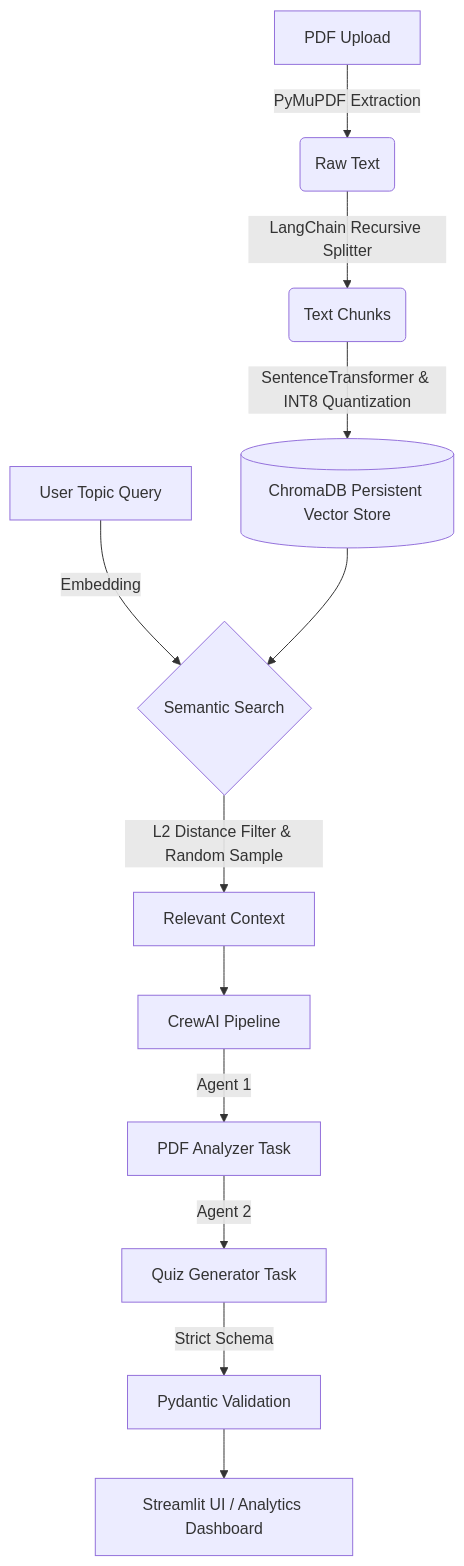
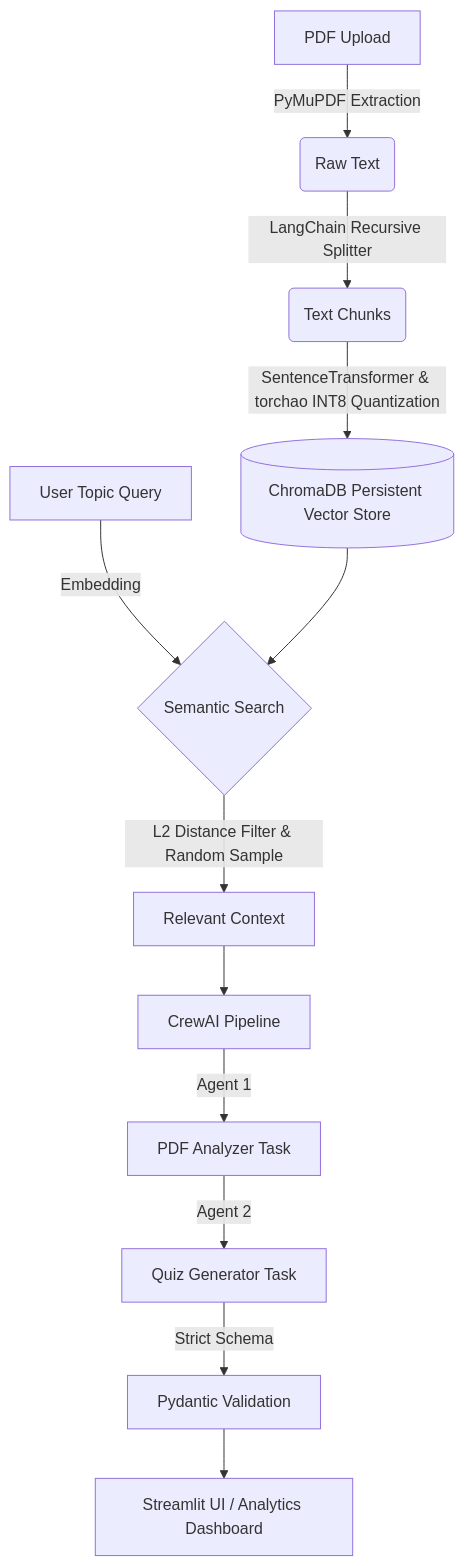
Before and after one commit to Rahul626-stack/SynapseAI: the diagram in README.md, drawn with Mermaid. The commit also changed other lines of this file and 3 other files, not shown here.

````diff
--- a/README.md
+++ b/README.md
@@ -25,17 +26,17 @@
 ```mermaid
 graph TD
     A[PDF Upload] -->|PyMuPDF Extraction| B(Raw Text)
     B -->|LangChain Recursive Splitter| C(Text Chunks)
-    C -->|SentenceTransformer & INT8 Quantization| D[(ChromaDB Persistent Vector Store)]
+    C -->|SentenceTransformer & torchao INT8 Quantization| D[(ChromaDB Persistent Vector Store)]
     
     E[User Topic Query] -->|Embedding| F{Semantic Search}
     D --> F
     F -->|L2 Distance Filter & Random Sample| G[Relevant Context]
     
     G --> H[CrewAI Pipeline]
     H -->|Agent 1| I[PDF Analyzer Task]
     I -->|Agent 2| J[Quiz Generator Task]
     
     J -->|Strict Schema| K[Pydantic Validation]
     K --> L[Streamlit UI / Analytics Dashboard]
 ```
````
